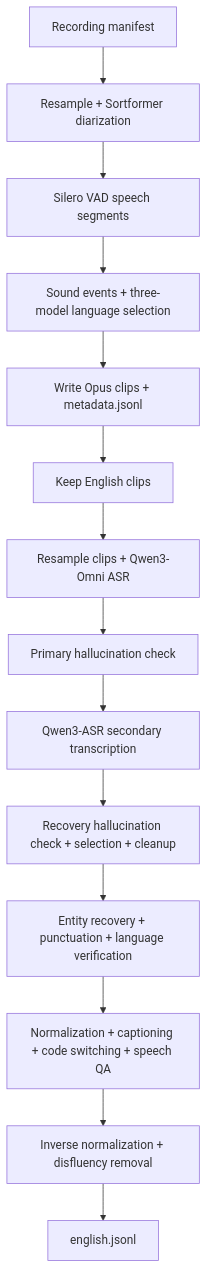
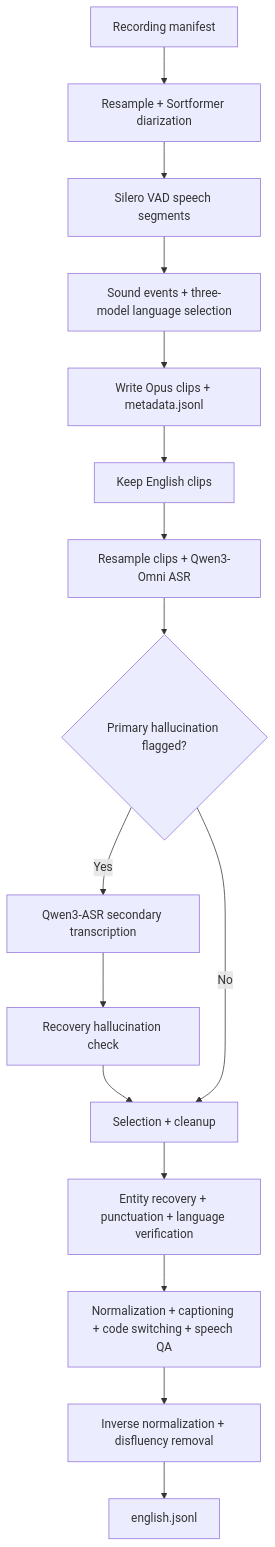
One commit to NVIDIA-NeMo/Curator changed the diagram in tutorials/audio/granary_v2/full_english_pipeline/README.md. Above: the diagram before and after it, drawn with Mermaid. The commit also changed other lines of this file and 3 other files, not shown here.

Commit message:
fix(audio): restrict secondary ASR recovery to hallucinated clips

````diff
--- a/tutorials/audio/granary_v2/full_english_pipeline/README.md
+++ b/tutorials/audio/granary_v2/full_english_pipeline/README.md
@@ -10,16 +10,18 @@
 ```mermaid
 flowchart TD
     A[Recording manifest] --> B[Resample + Sortformer diarization]
     B --> C[Silero VAD speech segments]
     C --> D[Sound events + three-model language selection]
     D --> E[Write Opus clips + metadata.jsonl]
     E --> F[Keep English clips]
     F --> G[Resample clips + Qwen3-Omni ASR]
-    G --> R[Primary hallucination check]
-    R --> S[Qwen3-ASR secondary transcription]
-    S --> H[Recovery hallucination check + selection + cleanup]
+    G --> R{Primary hallucination flagged?}
+    R -->|Yes| S[Qwen3-ASR secondary transcription]
+    S --> T[Recovery hallucination check]
+    T --> H[Selection + cleanup]
+    R -->|No| H
     H --> I[Entity recovery + punctuation + language verification]
     I --> J[Normalization + captioning + code switching + speech QA]
     J --> K[Inverse normalization + disfluency removal]
     K --> L[english.jsonl]
 ```
````
